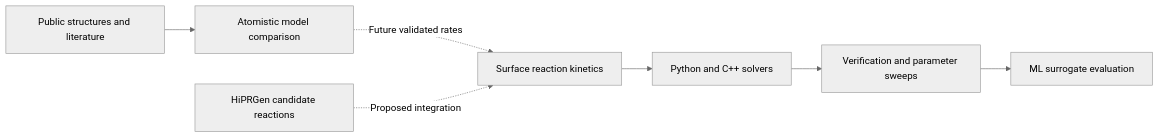
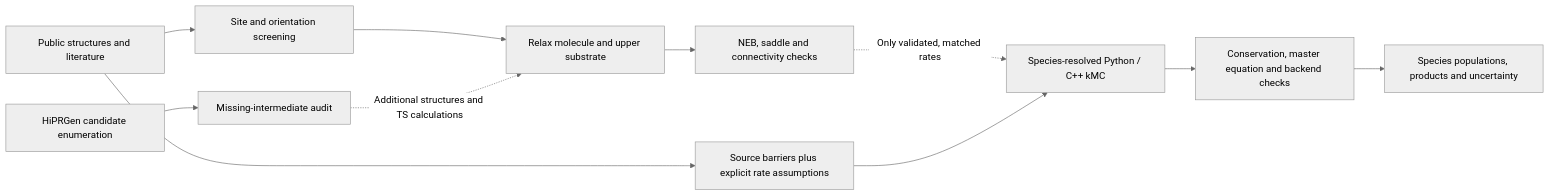
The diagram in README.md (ryanlai666/plasma-surface-dynamics), drawn with Mermaid (neutral theme) before and after one commit. The commit also changed other lines of this file and 154 other files, not shown here.

Commit message:
Clarify research workflow and audit adsorption and kinetic assumptions

````diff
--- a/README.md
+++ b/README.md
@@ -317,9 +27,13 @@
 ```mermaid
 flowchart LR
-    A[Public structures and literature] --> B[Atomistic model comparison]
-    B -. Future validated rates .-> C[Surface reaction kinetics]
-    C --> D[Python and C++ solvers]
-    D --> E[Verification and parameter sweeps]
-    E --> F[ML surrogate evaluation]
-    G[HiPRGen candidate reactions] -. Proposed integration .-> C
+    A[Public structures and literature] --> B[Site and orientation screening]
+    B --> C[Relax molecule and upper substrate]
+    C --> D[NEB, saddle and connectivity checks]
+    D -. Only validated, matched rates .-> F[Species-resolved Python / C++ kMC]
+    A --> E[Source barriers plus explicit rate assumptions]
+    E --> F
+    G[HiPRGen candidate enumeration] --> H[Missing-intermediate audit]
+    H -. Additional structures and TS calculations .-> C
+    F --> I[Conservation, master equation and backend checks]
+    I --> J[Species populations, products and uncertainty]
 ```
````
